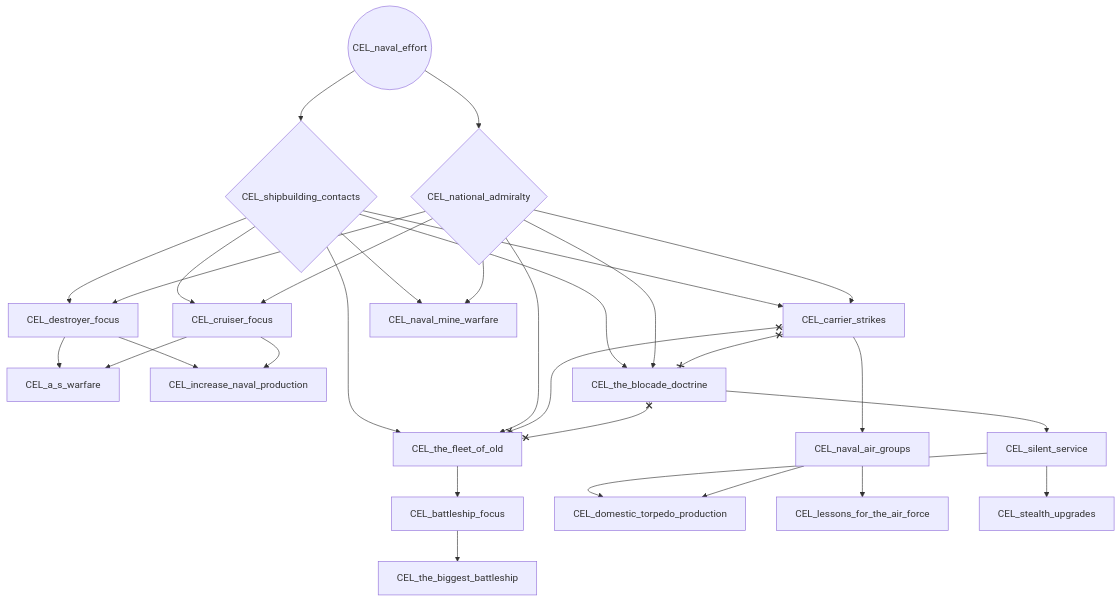
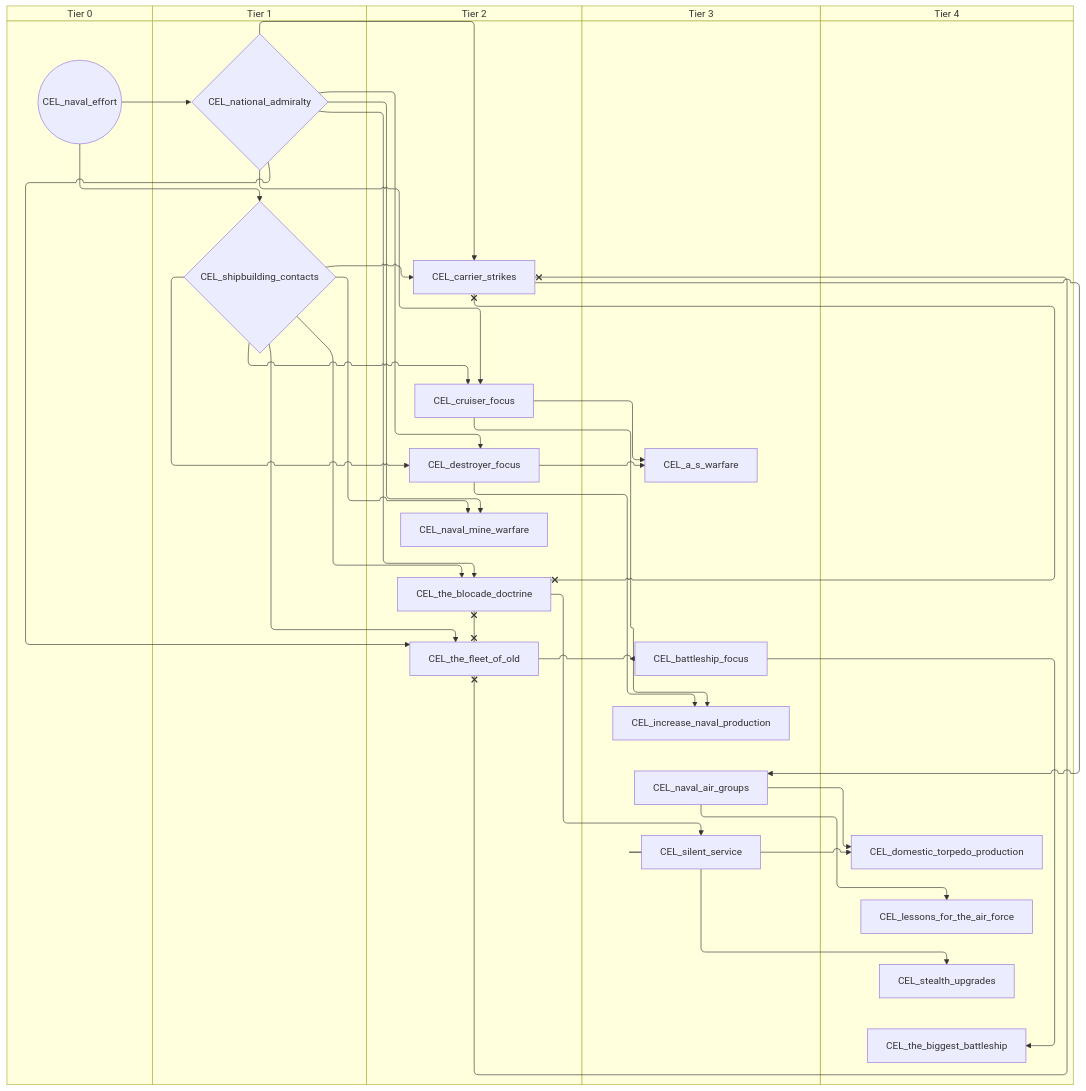
One commit to evgeny-sobol/hoi4-sandbox-mode-r56 changed the fifth of 5 diagrams in docs/gdd/National Focuses/r56/r56_celtic_shared.md. Above: the diagram before and after it, drawn with Mermaid. The commit also changed other lines of this file and 423 other files, not shown here.

First line of the commit message:
Re-export Rt56 focus trees as swimlane diagrams

````diff
--- a/docs/gdd/National Focuses/r56/r56_celtic_shared.md
+++ b/docs/gdd/National Focuses/r56/r56_celtic_shared.md
@@ -188,50 +242,60 @@
 ```mermaid
-flowchart TD
-    n55["CEL_a_s_warfare"]
-    n56["CEL_battleship_focus"]
-    n57["CEL_carrier_strikes"]
-    n58["CEL_cruiser_focus"]
-    n59["CEL_destroyer_focus"]
-    n60["CEL_domestic_torpedo_production"]
-    n61["CEL_increase_naval_production"]
-    n62["CEL_lessons_for_the_air_force"]
-    n63{"CEL_national_admiralty"}
-    n64["CEL_naval_air_groups"]
-    n65(("CEL_naval_effort"))
-    n66["CEL_naval_mine_warfare"]
-    n67{"CEL_shipbuilding_contacts"}
-    n68["CEL_silent_service"]
-    n69["CEL_stealth_upgrades"]
-    n70["CEL_the_biggest_battleship"]
-    n71["CEL_the_blocade_doctrine"]
-    n72["CEL_the_fleet_of_old"]
-    n59 --> n55
-    n58 --> n55
-    n72 --> n56
-    n67 --> n57
-    n63 --> n57
-    n67 --> n58
-    n63 --> n58
-    n67 --> n59
-    n63 --> n59
-    n68 --> n60
-    n64 --> n60
-    n59 --> n61
-    n58 --> n61
-    n64 --> n62
-    n65 --> n63
-    n57 --> n64
-    n67 --> n66
-    n63 --> n66
-    n65 --> n67
-    n71 --> n68
+swimlane-beta TD
+    subgraph tier_0["Tier 0"]
+        n55(("CEL_naval_effort"))
+    end
+    subgraph tier_1["Tier 1"]
+        n56{"CEL_national_admiralty"}
+        n57{"CEL_shipbuilding_contacts"}
+    end
+    subgraph tier_2["Tier 2"]
+        n58["CEL_carrier_strikes"]
+        n59["CEL_cruiser_focus"]
+        n60["CEL_destroyer_focus"]
+        n61["CEL_naval_mine_warfare"]
+        n62["CEL_the_blocade_doctrine"]
+        n63["CEL_the_fleet_of_old"]
+    end
+    subgraph tier_3["Tier 3"]
+        n64["CEL_a_s_warfare"]
+        n65["CEL_battleship_focus"]
+        n66["CEL_increase_naval_production"]
+        n67["CEL_naval_air_groups"]
+        n68["CEL_silent_service"]
+    end
+    subgraph tier_4["Tier 4"]
+        n69["CEL_domestic_torpedo_production"]
+        n70["CEL_lessons_for_the_air_force"]
+        n71["CEL_stealth_upgrades"]
+        n72["CEL_the_biggest_battleship"]
+    end
+    n60 --> n64
+    n59 --> n64
+    n63 --> n65
+    n57 --> n58
+    n56 --> n58
+    n57 --> n59
+    n56 --> n59
+    n57 --> n60
+    n56 --> n60
     n68 --> n69
-    n56 --> n70
-    n67 --> n71
-    n63 --> n71
-    n67 --> n72
-    n63 --> n72
-    n57 x--x n71
-    n57 x--x n72
-    n71 x--x n72
+    n67 --> n69
+    n60 --> n66
+    n59 --> n66
+    n67 --> n70
+    n55 --> n56
+    n58 --> n67
+    n57 --> n61
+    n56 --> n61
+    n55 --> n57
+    n62 --> n68
+    n68 --> n71
+    n65 --> n72
+    n57 --> n62
+    n56 --> n62
+    n57 --> n63
+    n56 --> n63
+    n58 x--x n62
+    n58 x--x n63
+    n62 x--x n63
 ```
````
